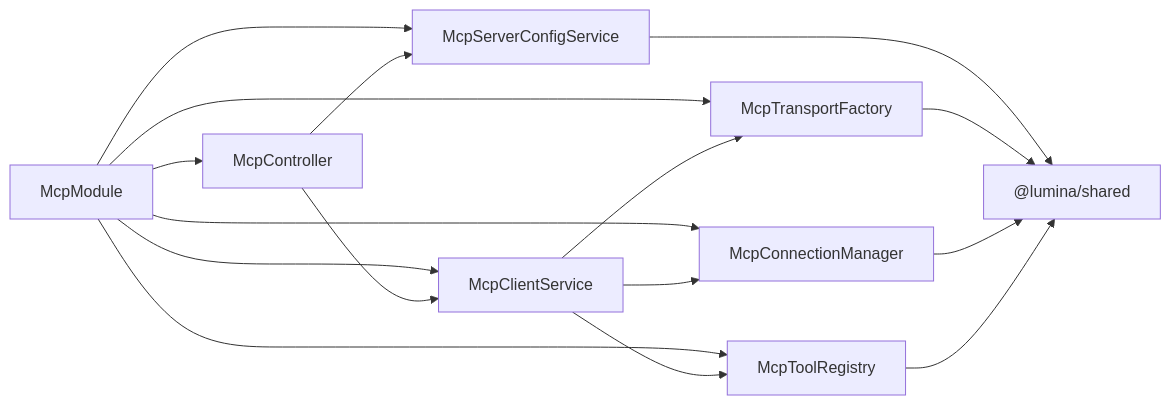
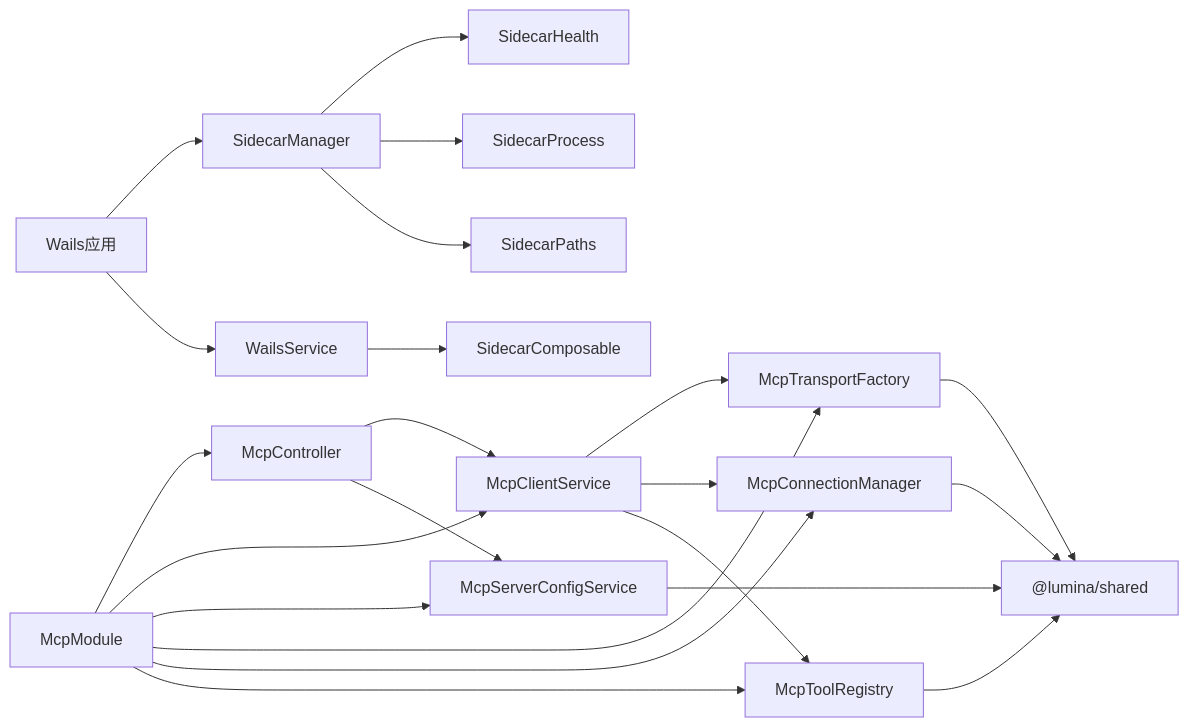
Before and after one commit to xixixiaoyu/Todo: diagram 16 of 16 in .qoder/repowiki/zh/content/核心模块/MCP工具系统/MCP客户端集成.md, drawn with Mermaid. The commit also changed other lines of this file and 5 other files, not shown here.

````diff
--- a/.qoder/repowiki/zh/content/核心模块/MCP工具系统/MCP客户端集成.md
+++ b/.qoder/repowiki/zh/content/核心模块/MCP工具系统/MCP客户端集成.md
@@ -369,18 +610,24 @@
 ```mermaid
 graph LR
 M["McpModule"] --> C["McpController"]
 M --> S["McpClientService"]
 M --> CFG["McpServerConfigService"]
 M --> TF["McpTransportFactory"]
 M --> CM["McpConnectionManager"]
 M --> TR["McpToolRegistry"]
 S --> TF
 S --> CM
 S --> TR
 C --> S
 C --> CFG
 CFG --> Shared["@lumina/shared"]
 TF --> Shared
 CM --> Shared
 TR --> Shared
+W["Wails应用"] --> SM["SidecarManager"]
+SM --> SH["SidecarHealth"]
+SM --> SP["SidecarProcess"]
+SM --> SD["SidecarPaths"]
+W --> WS["WailsService"]
+WS --> SC["SidecarComposable"]
 ```
````
